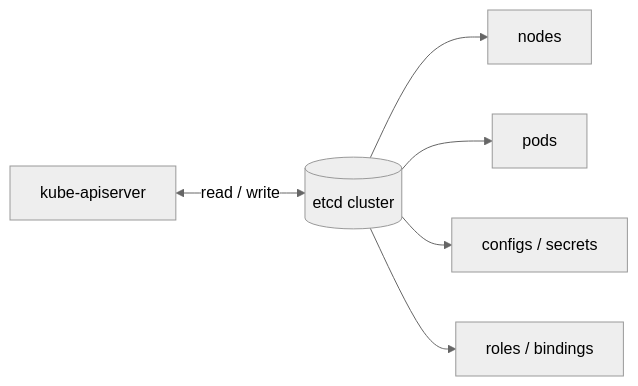
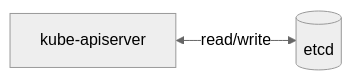
The third of 10 diagrams in Study/1.Core Concepts/enhanced_readme.md (AbdelwahabAdam/K8S-notes), drawn with Mermaid (neutral theme) before and after one commit. The commit also changed other lines of this file and 22 other files, not shown here.

````diff
--- a/Study/1.Core Concepts/enhanced_readme.md
+++ b/Study/1.Core Concepts/enhanced_readme.md
@@ -161,8 +202,4 @@
 ```mermaid
 flowchart LR
-    API[kube-apiserver] <-->|read / write| ETCD[(etcd cluster)]
-    ETCD --> N[nodes]
-    ETCD --> P[pods]
-    ETCD --> C[configs / secrets]
-    ETCD --> R[roles / bindings]
+    API[kube-apiserver] <-->|read/write| ETCD[(etcd)]
 ```
````
